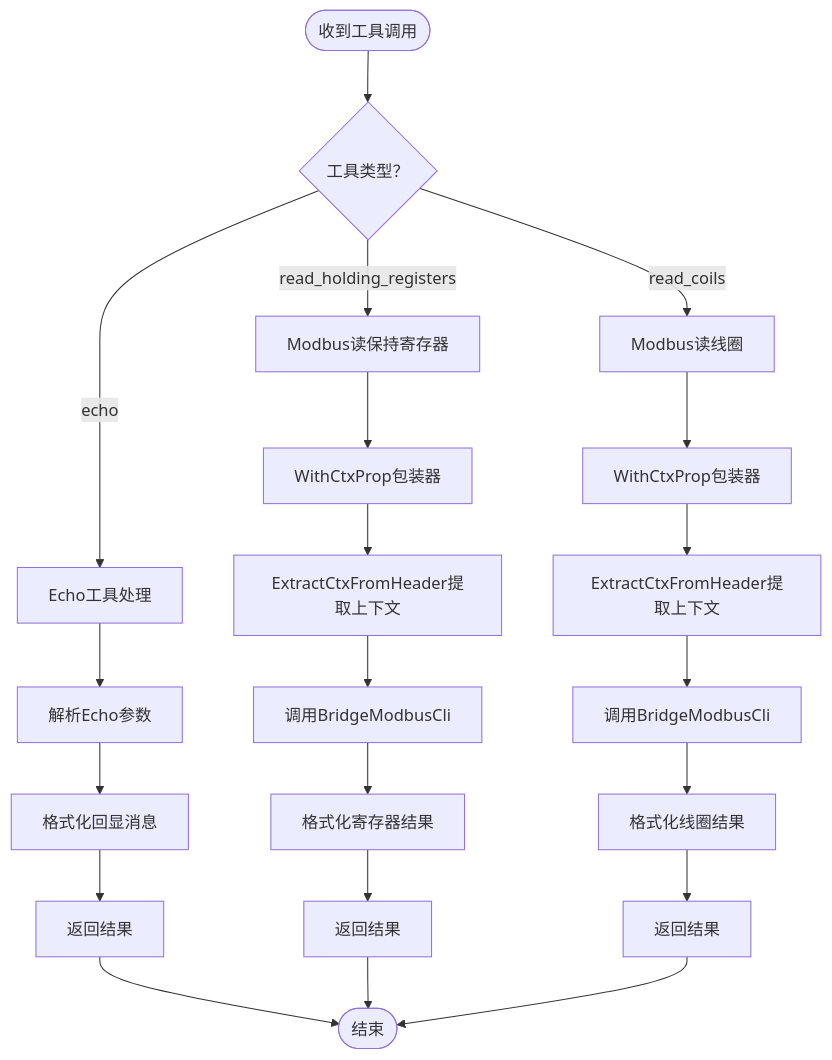
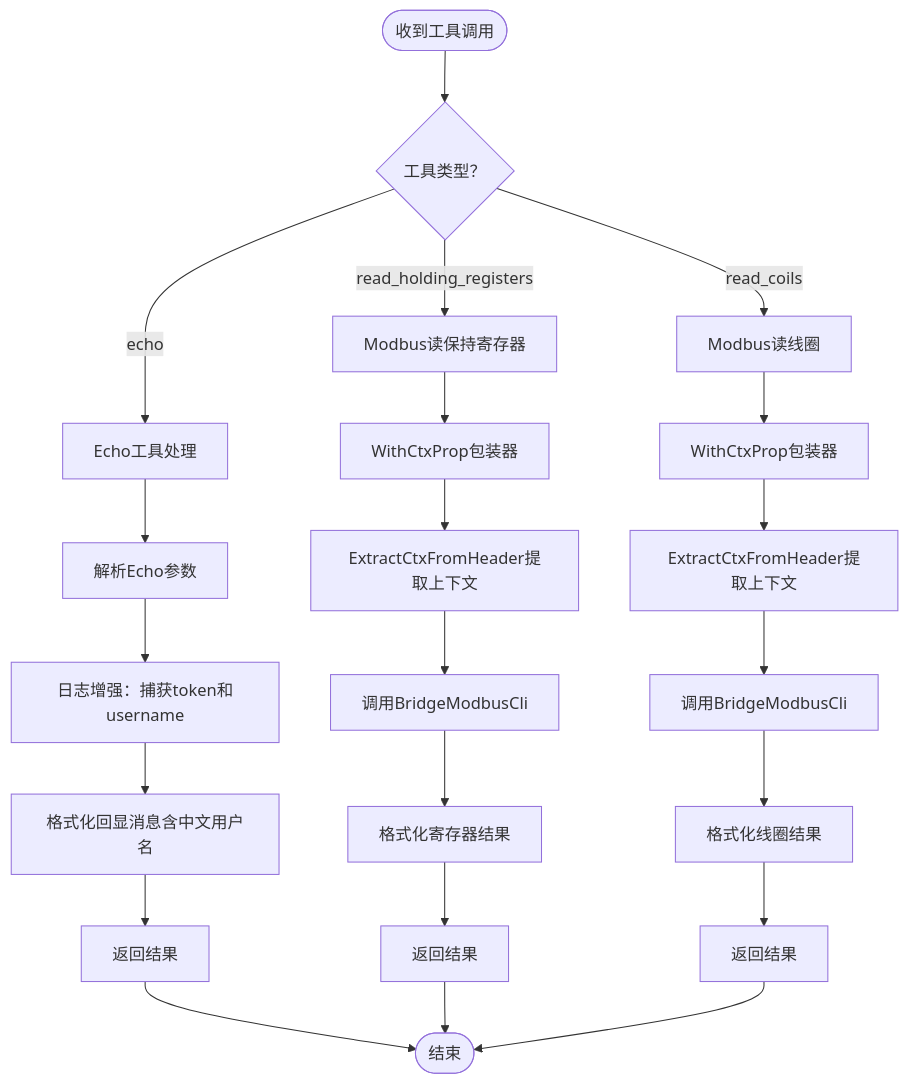
Before and after one commit to maomao94/zero-service: the third of 16 diagrams in .qoder/repowiki/zh/content/AI应用模块/MCP服务器.md, drawn with Mermaid. The commit also changed other lines of this file and 2 other files, not shown here.

````diff
--- a/.qoder/repowiki/zh/content/AI应用模块/MCP服务器.md
+++ b/.qoder/repowiki/zh/content/AI应用模块/MCP服务器.md
@@ -226,23 +233,24 @@
 ```mermaid
 flowchart TD
 Start(["收到工具调用"]) --> Check{"工具类型？"}
 Check --> |echo| Echo["Echo工具处理"]
 Check --> |read_holding_registers| Modbus1["Modbus读保持寄存器"]
 Check --> |read_coils| Modbus2["Modbus读线圈"]
 Echo --> Parse1["解析Echo参数"]
-Parse1 --> Format1["格式化回显消息"]
+Parse1 --> LogEnhance["日志增强：捕获token和username"]
+LogEnhance --> Format1["格式化回显消息含中文用户名"]
 Format1 --> Return1["返回结果"]
 Modbus1 --> Wrap["WithCtxProp包装器"]
 Wrap --> Extract["ExtractCtxFromHeader提取上下文"]
 Extract --> Call1["调用BridgeModbusCli"]
 Call1 --> Format2["格式化寄存器结果"]
 Format2 --> Return2["返回结果"]
 Modbus2 --> Wrap2["WithCtxProp包装器"]
 Wrap2 --> Extract2["ExtractCtxFromHeader提取上下文"]
 Extract2 --> Call2["调用BridgeModbusCli"]
 Call2 --> Format3["格式化线圈结果"]
 Format3 --> Return3["返回结果"]
 Return1 --> End(["结束"])
 Return2 --> End
 Return3 --> End
 ```
````
